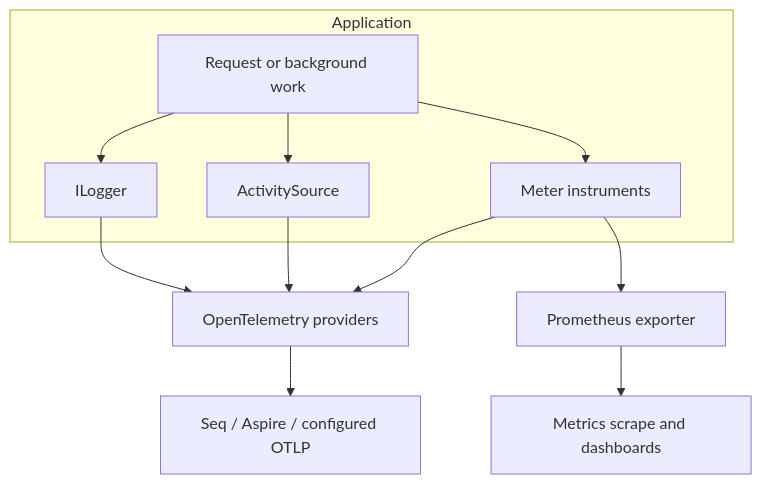
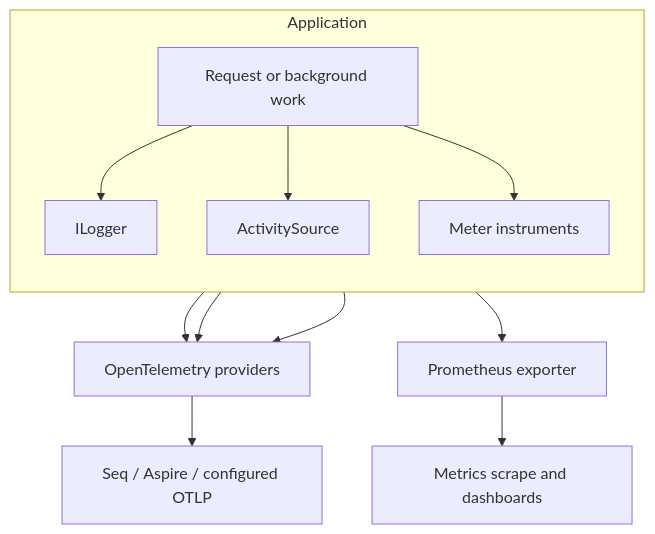
The diagram in wiki/Architecture/Observability.md (mhasabalah/StarterKit), drawn with Mermaid before and after one commit. The commit also changed 152 other files, not shown here.

Commit message:
feat(docs): add Fumadocs V2 and standardize diagrams

````diff
--- a/wiki/Architecture/Observability.md
+++ b/wiki/Architecture/Observability.md
@@ -18,14 +18,19 @@
 ```mermaid
 flowchart TB
+  accTitle: How it works
+  accDescr: Application code emits backend-neutral signals; provider configuration selects the destinations for each signal.
   subgraph Application
+    direction TB
     R[Request or background work] --> L[ILogger]
     R --> A[ActivitySource]
     R --> M[Meter instruments]
   end
   L --> O[OpenTelemetry providers]
   A --> O
   M --> O
   O --> S[Seq / Aspire / configured OTLP]
   M --> P[Prometheus exporter]
   P --> G[Metrics scrape and dashboards]
+  class R,L,A,M application
+  class O,S,P,G infrastructure
 ```
````
